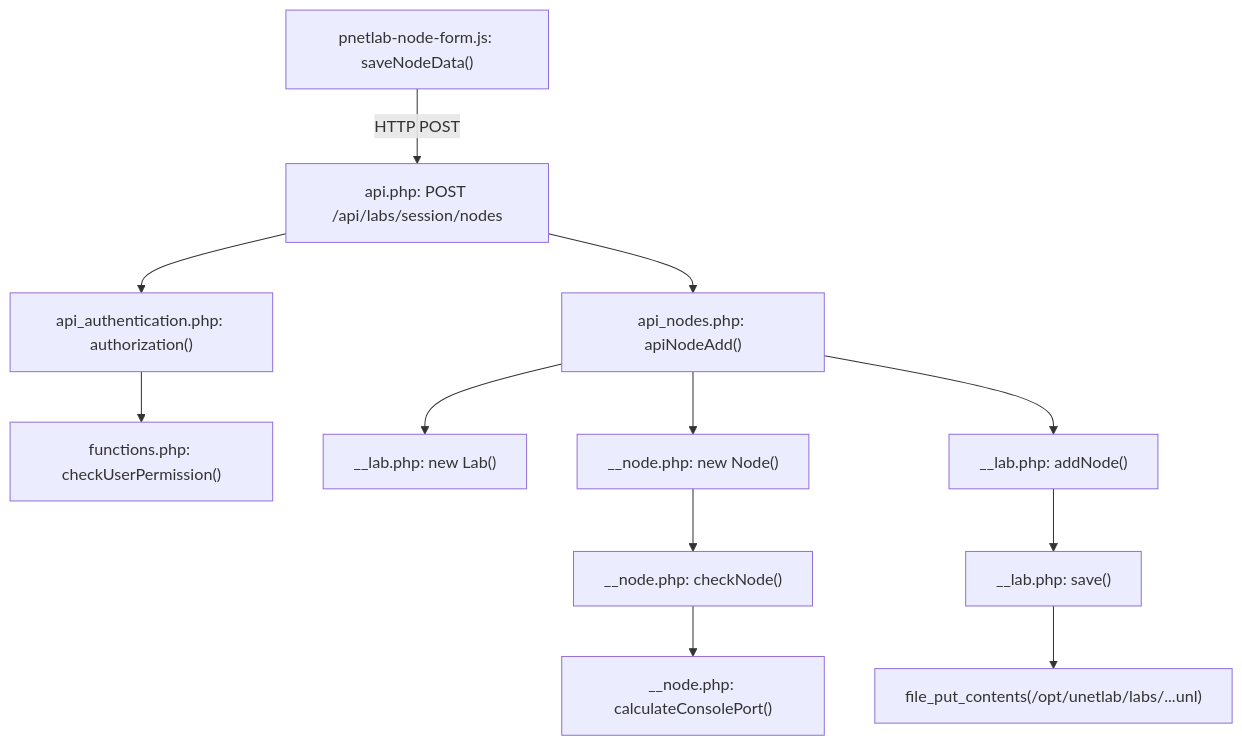
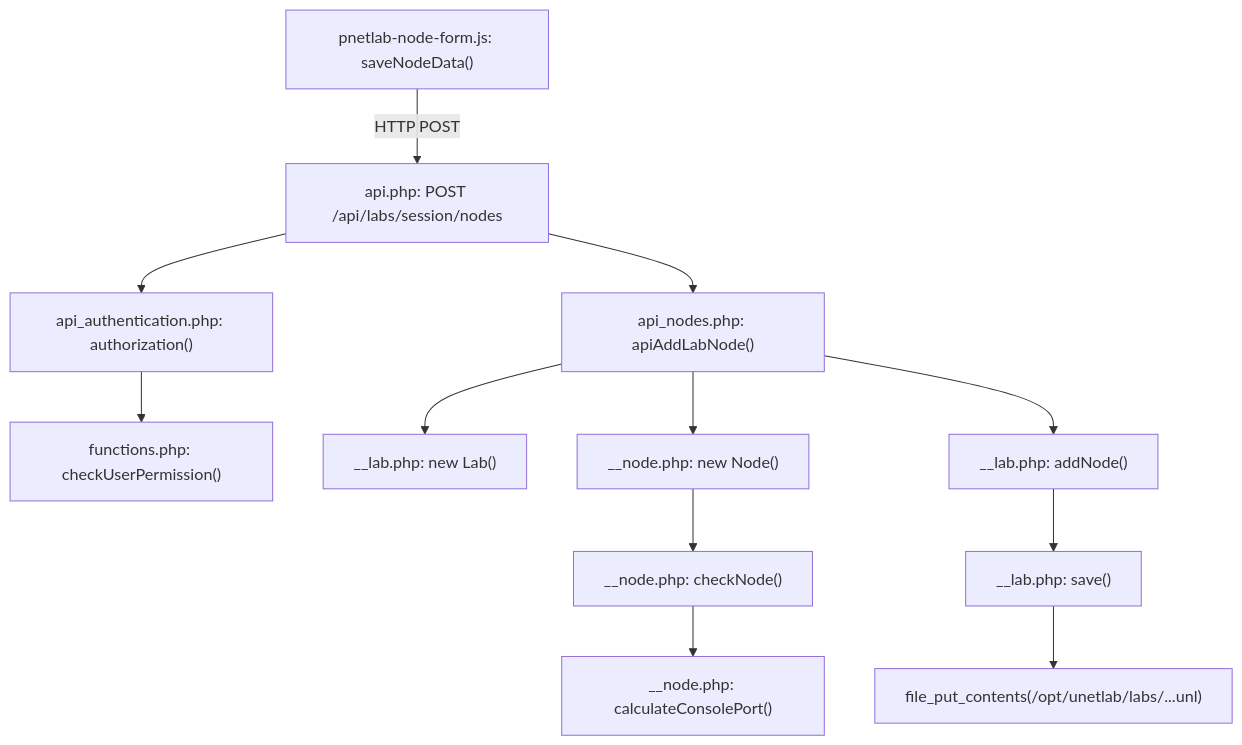
The diagram in docs/03-diagrams/f01-node-create-edit-callgraph.md (Luuxinhxinh/pnet-v8), drawn with Mermaid before and after one commit. The commit also changed 39 other files, not shown here.

````diff
--- a/docs/03-diagrams/f01-node-create-edit-callgraph.md
+++ b/docs/03-diagrams/f01-node-create-edit-callgraph.md
@@ -9,14 +9,14 @@
 ```mermaid
 graph TD
     UI["pnetlab-node-form.js: saveNodeData()"] -->|HTTP POST| API["api.php: POST /api/labs/session/nodes"]
     API --> AUTH["api_authentication.php: authorization()"]
     AUTH --> CHECK_PERM["functions.php: checkUserPermission()"]
-    API --> CONTROLLER["api_nodes.php: apiNodeAdd()"]
+    API --> CONTROLLER["api_nodes.php: apiAddLabNode()"]
     CONTROLLER --> LOAD_LAB["__lab.php: new Lab()"]
     CONTROLLER --> NODE_INIT["__node.php: new Node()"]
     NODE_INIT --> VALIDATE["__node.php: checkNode()"]
     VALIDATE --> CALC_PORT["__node.php: calculateConsolePort()"]
     CONTROLLER --> LAB_ADD["__lab.php: addNode()"]
     LAB_ADD --> LAB_SAVE["__lab.php: save()"]
     LAB_SAVE --> FS_WRITE["file_put_contents(/opt/unetlab/labs/...unl)"]
 ```
````
